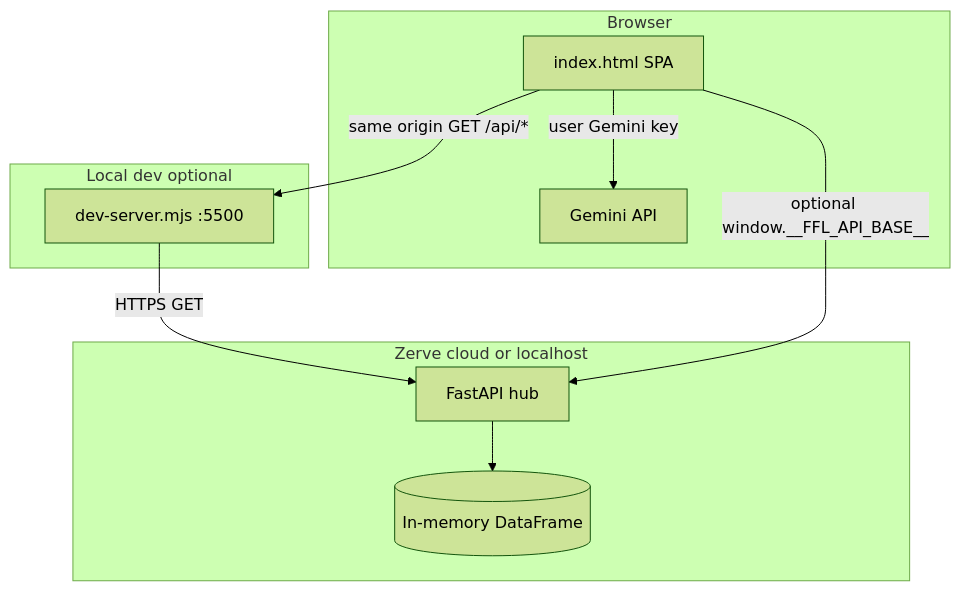
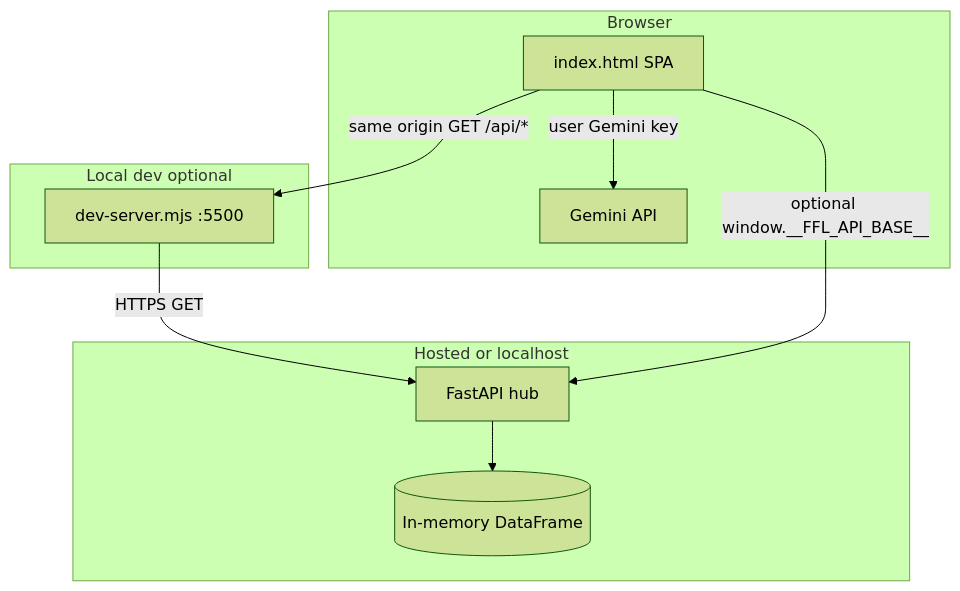
One commit to Manoj7ar/Fuel-Fault changed the first of 3 diagrams in README.md. Above: the diagram before and after it, drawn with Mermaid (forest theme). The commit also changed other lines of this file and 1 other file, not shown here.

````diff
--- a/README.md
+++ b/README.md
@@ -45,19 +69,19 @@
 ```mermaid
 flowchart TB
   subgraph browser [Browser]
     UI[index.html SPA]
     GEM[Gemini API]
   end
   subgraph local [Local dev optional]
     PROXY[dev-server.mjs :5500]
   end
-  subgraph zerve [Zerve cloud or localhost]
+  subgraph cloud [Hosted or localhost]
     API[FastAPI hub]
     MEM[(In-memory DataFrame)]
   end
   UI -->|same origin GET /api/*| PROXY
   PROXY -->|HTTPS GET| API
   UI -->|optional window.__FFL_API_BASE__| API
   API --> MEM
   UI -->|user Gemini key| GEM
 ```
````
